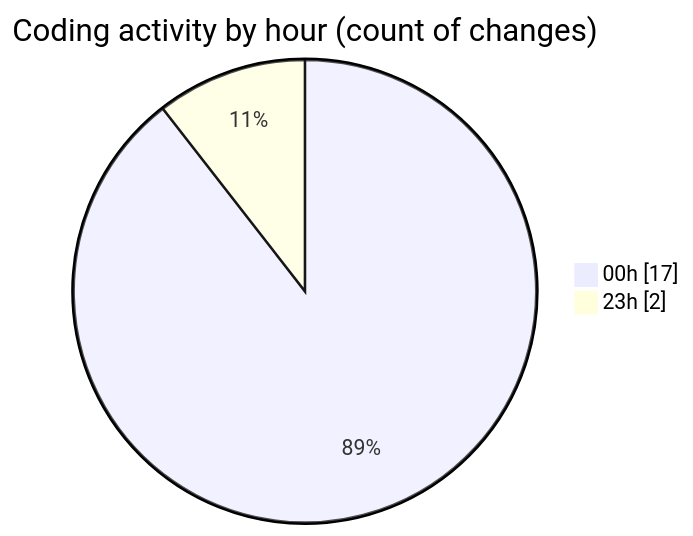
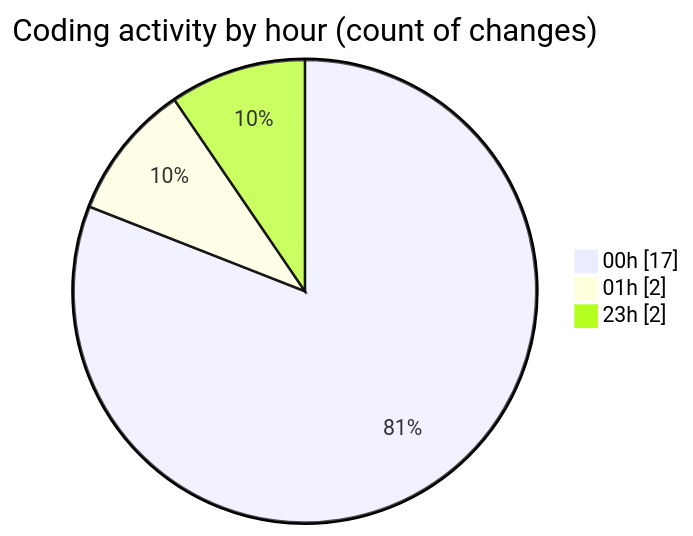
Before and after one commit to julien-gomy/code-tracking: the second of 2 diagrams in 2025-10-29/eventscop-frontend-guide__workspace_/README.md, drawn with Mermaid. The commit also changed other lines of this file and 1 other file, not shown here.

````diff
--- a/2025-10-29/eventscop-frontend-guide__workspace_/README.md
+++ b/2025-10-29/eventscop-frontend-guide__workspace_/README.md
@@ -38,6 +40,7 @@
 ```mermaid
 pie showData
 title Coding activity by hour (count of changes)
 "00h" : 17
+"01h" : 2
 "23h" : 2
 ```
````
